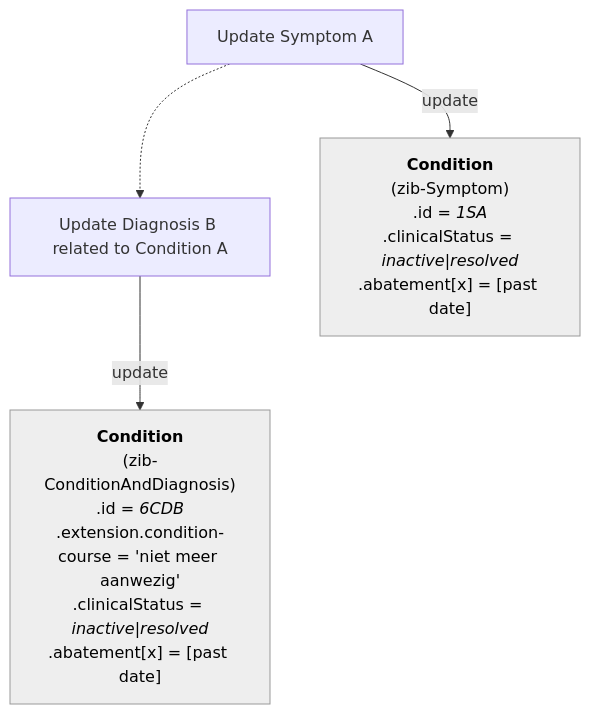
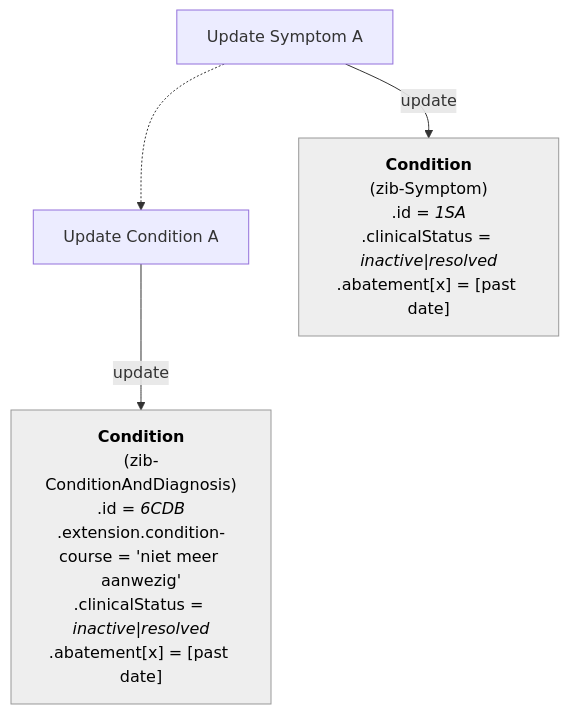
The ninth of 13 diagrams in documentation/Condition-Diagnosis-Symptom.md (Nictiz/Nictiz-R4-zib2024), drawn with Mermaid before and after one commit. The commit also changed other lines of this file, not shown here.

````diff
--- a/documentation/Condition-Diagnosis-Symptom.md
+++ b/documentation/Condition-Diagnosis-Symptom.md
@@ -267,33 +271,33 @@
 ```mermaid
 flowchart TB
 
 UpdateSymptom_A["`Update Symptom A`"]
-UpdateDiagnosis_B["`Update Diagnosis B related to Condition A`"]
+UpdateDiagnosis_B["`Update Condition A`"]
 
 UpdateSymptom_A -.-> UpdateDiagnosis_B
 
     S_A["`
         **Condition**
         (zib-Symptom)
         .id = _1SA_
         .clinicalStatus = _inactive_|_resolved_
         .abatement[x] = [past date]
         `"]    
 
     CD_B["`
         **Condition**
         (zib-ConditionAndDiagnosis)
         .id = _6CDB_
         .extension.condition-course = 'niet meer aanwezig'
         .clinicalStatus = _inactive_|_resolved_
         .abatement[x] = [past date]
         `"] 
    
     S_A:::Ash
     CD_B:::Ash
     classDef Ash stroke-width:1px, stroke-dasharray:none, stroke:#999999, fill:#EEEEEE, color:#000000
 
 UpdateSymptom_A -- update --> S_A
 UpdateDiagnosis_B -- update --> CD_B
 
 ```
````
